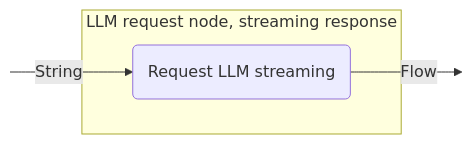
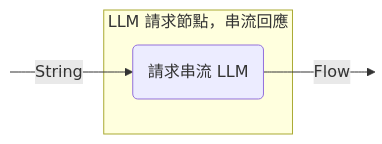
Before and after one commit to BinaryTape/Open-Docs: the eighth of 15 diagrams in docs/zh-Hant/koog/nodes-and-components.md, drawn with Mermaid. The commit also changed other lines of this file and 457 other files, not shown here.

````diff
--- a/docs/zh-Hant/koog/nodes-and-components.md
+++ b/docs/zh-Hant/koog/nodes-and-components.md
@@ -391,13 +386,13 @@
 ```mermaid
 graph LR
     in:::hidden
     out:::hidden
     
-    subgraph node ["LLM request node, streaming response"]
-        execute(Request LLM streaming)
+    subgraph node ["LLM 請求節點，串流回應"]
+        execute(請求串流 LLM)
     end
     
     in --String--> execute --Flow--> out
 
     classDef hidden display: none;
 ```
````
